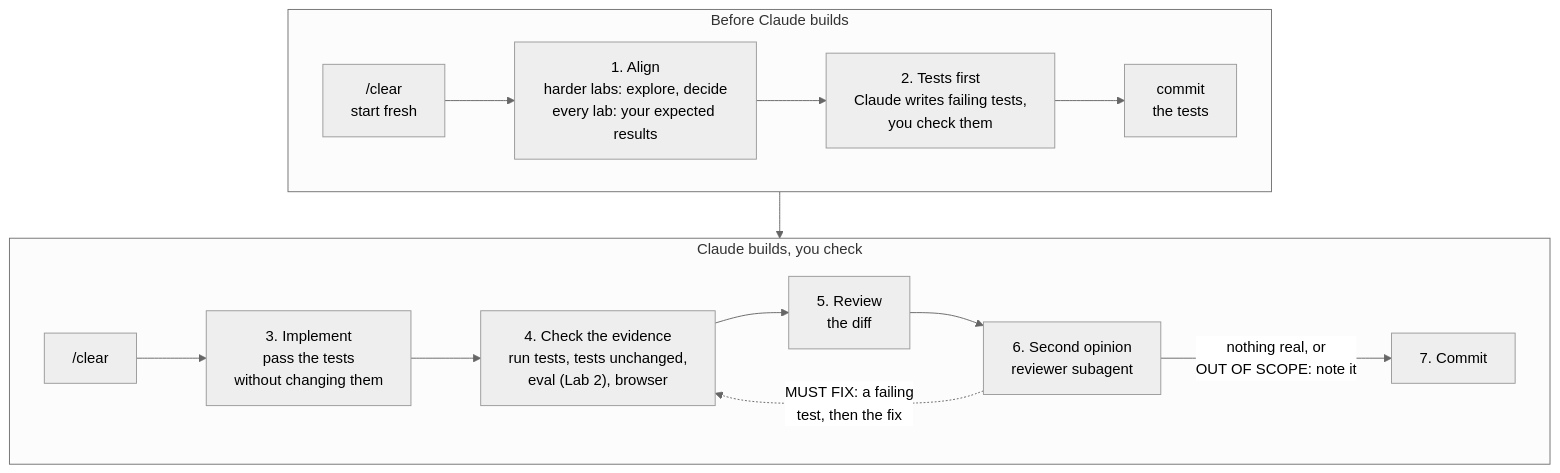
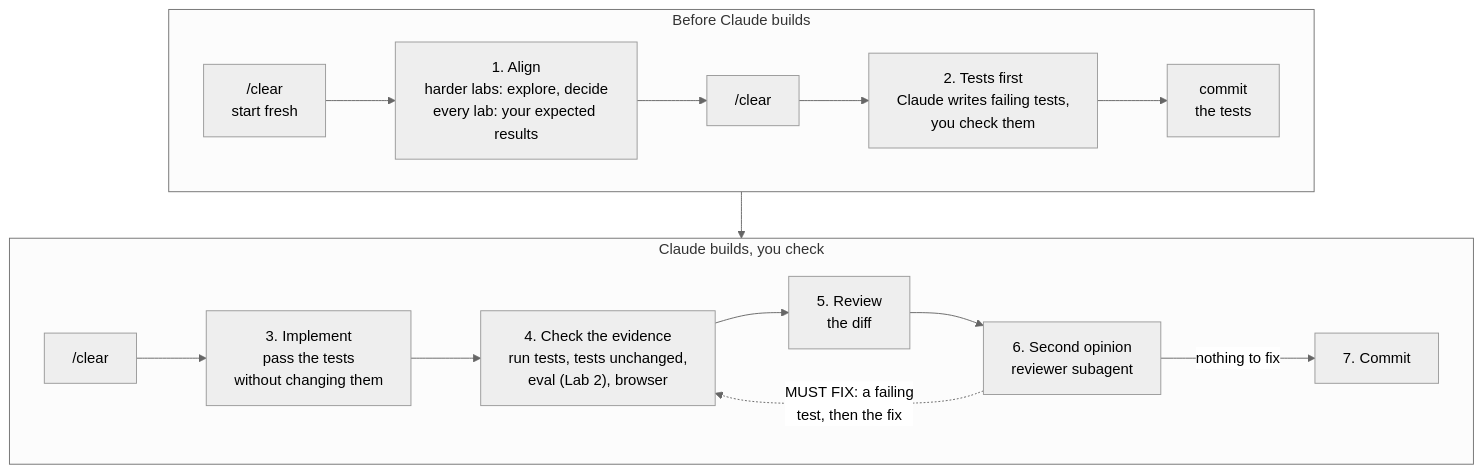
The diagram in docs/diagrams/5-workflow.mmd (domroselli/showtix), drawn with Mermaid (neutral theme) before and after one commit. The commit also changed 17 other files, not shown here.

```diff
--- a/docs/diagrams/5-workflow.mmd
+++ b/docs/diagrams/5-workflow.mmd
@@ -1,19 +1,20 @@
 flowchart TB
   subgraph Before["Before Claude builds"]
     direction LR
     S0["/clear<br/>start fresh"] --> S1["1. Align<br/>harder labs: explore, decide<br/>every lab: your expected results"]
-    S1 --> S2["2. Tests first<br/>Claude writes failing tests,<br/>you check them"]
+    S1 --> CL0["/clear"]
+    CL0 --> S2["2. Tests first<br/>Claude writes failing tests,<br/>you check them"]
     S2 --> C1["commit<br/>the tests"]
   end
 
   subgraph Build["Claude builds, you check"]
     direction LR
     CL["/clear"] --> S3["3. Implement<br/>pass the tests<br/>without changing them"]
     S3 --> S4["4. Check the evidence<br/>run tests, tests unchanged,<br/>eval (Lab 2), browser"]
     S4 --> S5["5. Review<br/>the diff"]
     S5 --> S6["6. Second opinion<br/>reviewer subagent"]
-    S6 -- "nothing real, or<br/>OUT OF SCOPE: note it" --> S7["7. Commit"]
+    S6 -- "nothing to fix" --> S7["7. Commit"]
     S6 -. "MUST FIX: a failing<br/>test, then the fix" .-> S4
   end
 
   Before --> Build
```
